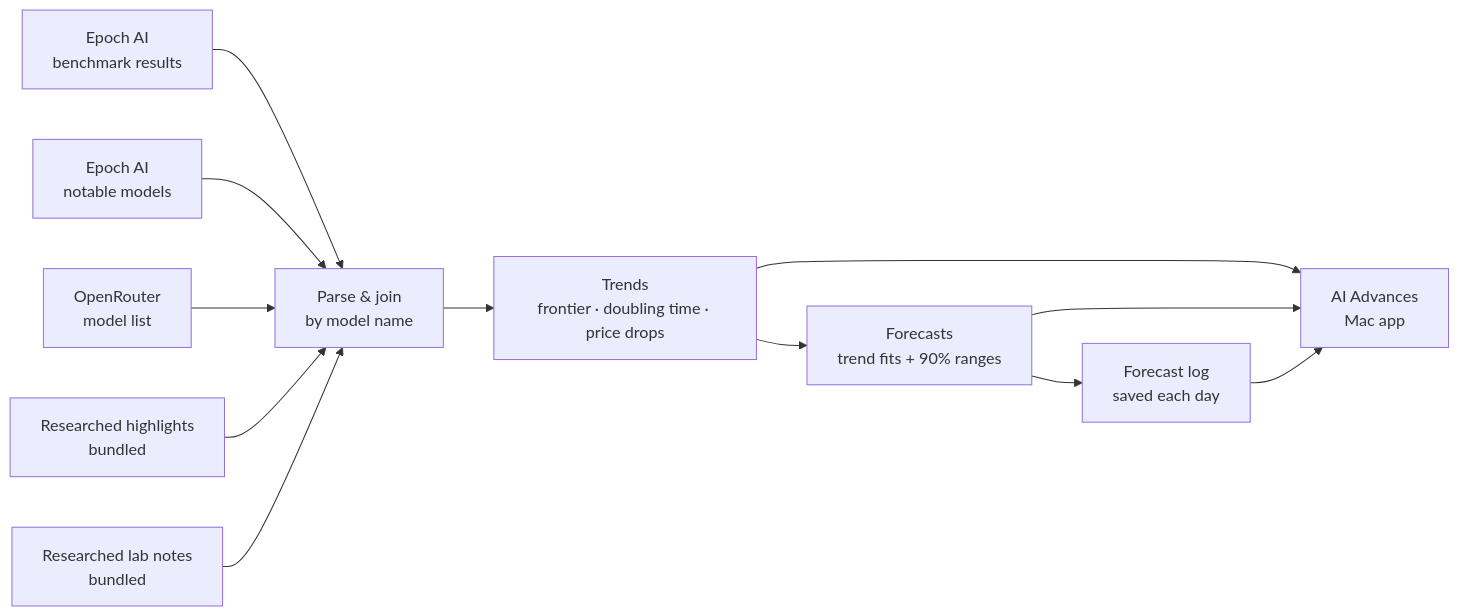
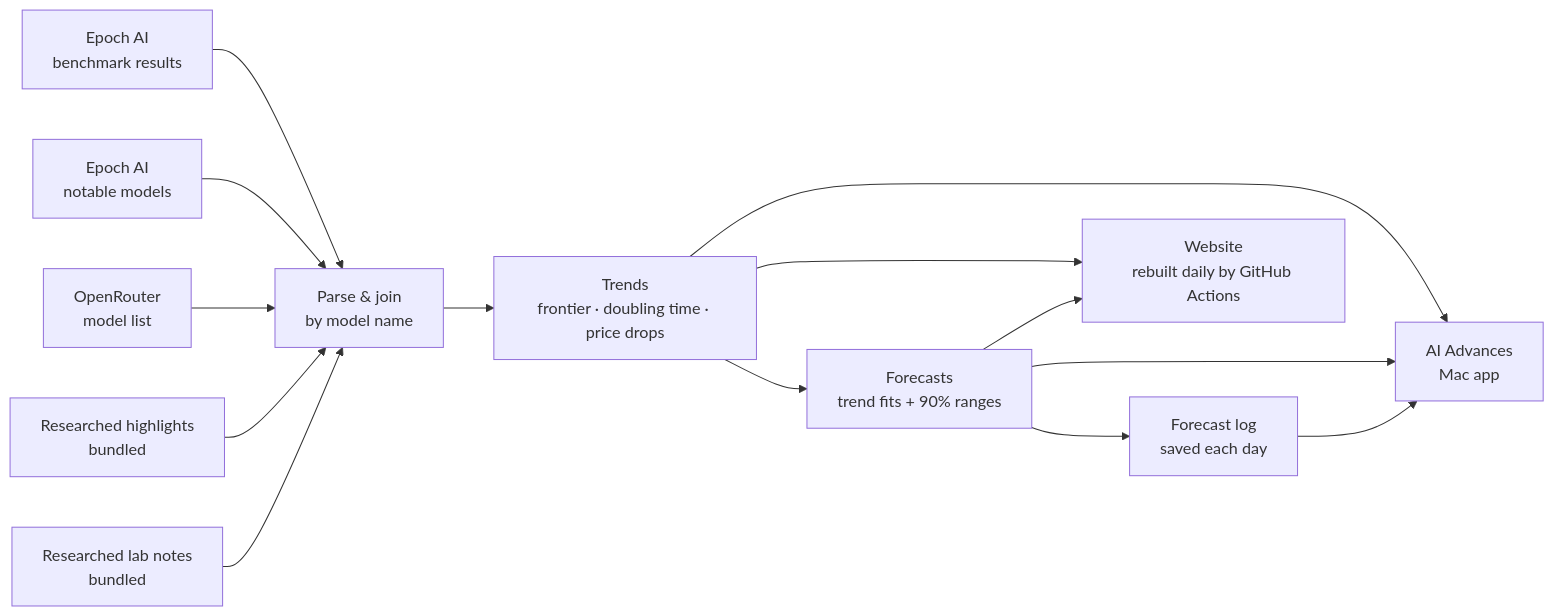
Before and after one commit to amalmehta/ai-advances: the diagram in README.md, drawn with Mermaid. The commit also changed other lines of this file and 21 other files, not shown here.

Commit message:
Add the AI Advances website: shared Swift exporter, daily GitHub Pages build, forecast log on the data branch

````diff
--- a/README.md
+++ b/README.md
@@ -21,14 +27,16 @@
 ```mermaid
 flowchart LR
     E1[Epoch AI<br>benchmark results] --> P[Parse & join<br>by model name]
     E2[Epoch AI<br>notable models] --> P
     O[OpenRouter<br>model list] --> P
     C[Researched highlights<br>bundled] --> P
     L[Researched lab notes<br>bundled] --> P
     P --> T[Trends<br>frontier · doubling time · price drops]
     T --> F[Forecasts<br>trend fits + 90% ranges]
     F --> G[Forecast log<br>saved each day]
     T --> A[AI Advances<br>Mac app]
     F --> A
     G --> A
+    T --> W[Website<br>rebuilt daily by GitHub Actions]
+    F --> W
 ```
````
